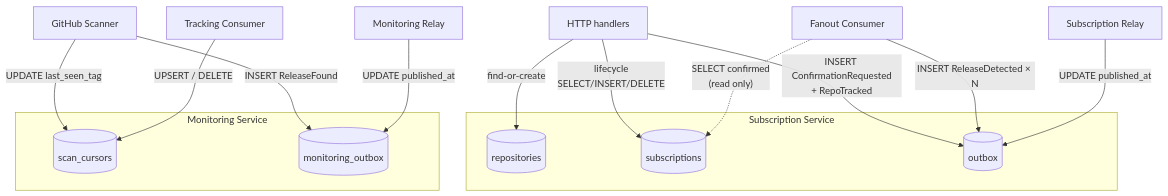
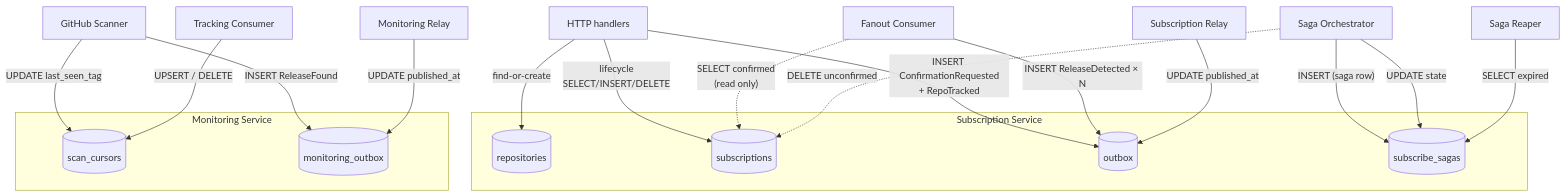
The seventh of 7 diagrams in docs/SDD.md (GenesisEducationKyiv/software-engineering-school-6-0-RodionShapoval5758), drawn with Mermaid before and after one commit. The commit also changed other lines of this file and 1 other file, not shown here.

Commit message:
docs: update SDD diagrams and add saga implementation report

````diff
--- a/docs/SDD.md
+++ b/docs/SDD.md
@@ -300,36 +350,46 @@
 ```mermaid
 flowchart TB
     subgraph sub["Subscription Service"]
         repos[(repositories)]
         subs[(subscriptions)]
         outboxt[(outbox)]
+        sagas[(subscribe_sagas)]
     end
 
     subgraph mon["Monitoring Service"]
         cursors[(scan_cursors)]
         monoutbox[(monitoring_outbox)]
     end
 
     HTTP["HTTP handlers"]
     FW["Fanout Consumer"]
     Relay1["Subscription Relay"]
     Scanner["GitHub Scanner"]
     TrackCons["Tracking Consumer"]
     Relay2["Monitoring Relay"]
 
     HTTP -->|"lifecycle\nSELECT/INSERT/DELETE"| subs
     HTTP -->|"find-or-create"| repos
     HTTP -->|"INSERT ConfirmationRequested\n+ RepoTracked"| outboxt
 
     FW -.->|"SELECT confirmed\n(read only)"| subs
     FW -->|"INSERT ReleaseDetected × N"| outboxt
 
     Relay1 -->|"UPDATE published_at"| outboxt
 
     Scanner -->|"UPDATE last_seen_tag"| cursors
     Scanner -->|"INSERT ReleaseFound"| monoutbox
 
     TrackCons -->|"UPSERT / DELETE"| cursors
 
     Relay2 -->|"UPDATE published_at"| monoutbox
+
+    SagaOrch["Saga Orchestrator"]
+    SagaReaper["Saga Reaper"]
+
+    SagaOrch -->|"INSERT (saga row)"| sagas
+    SagaOrch -->|"UPDATE state"| sagas
+    SagaOrch -.->|"DELETE unconfirmed"| subs
+
+    SagaReaper -->|"SELECT expired"| sagas
 ```
````
